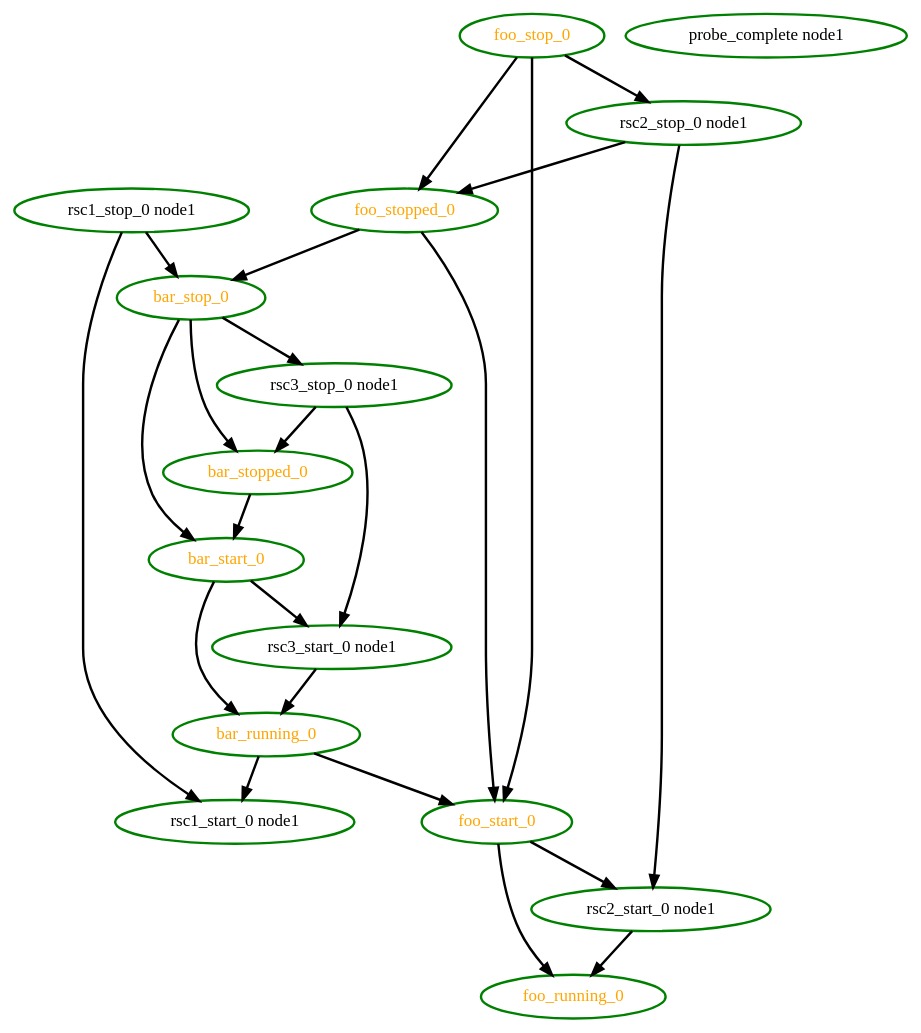
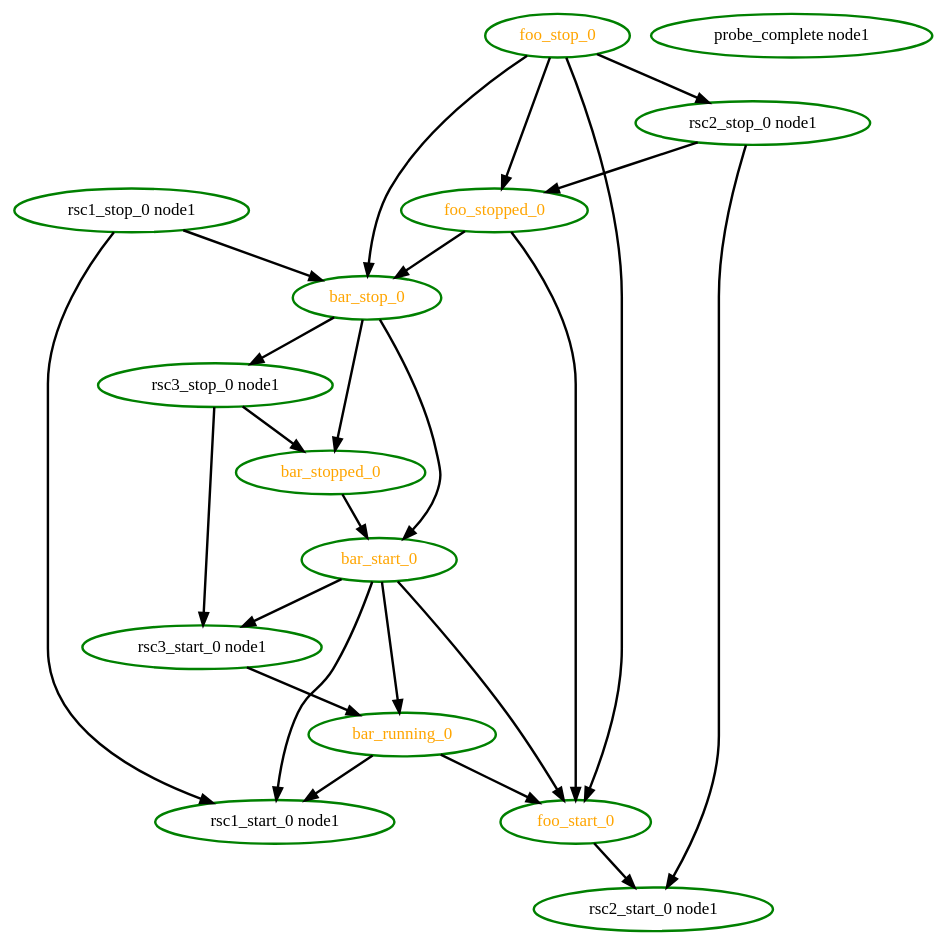
The diagram in crm/pengine/testcases/rec-rsc-9.dot (richiewen8/heartbeat), drawn with Graphviz before and after one commit. The commit also changed 26 other files, not shown here.

```diff
--- a/crm/pengine/testcases/rec-rsc-9.dot
+++ b/crm/pengine/testcases/rec-rsc-9.dot
@@ -1,40 +1,40 @@
  digraph "g" {
 "bar_running_0" -> "foo_start_0" [ style = bold]
 "bar_running_0" -> "rsc1_start_0 node1" [ style = bold]
 "bar_running_0" [ style=bold color="green" fontcolor="orange" ]
 "bar_start_0" -> "bar_running_0" [ style = bold]
+"bar_start_0" -> "foo_start_0" [ style = bold]
+"bar_start_0" -> "rsc1_start_0 node1" [ style = bold]
 "bar_start_0" -> "rsc3_start_0 node1" [ style = bold]
 "bar_start_0" [ style=bold color="green" fontcolor="orange" ]
 "bar_stop_0" -> "bar_start_0" [ style = bold]
 "bar_stop_0" -> "bar_stopped_0" [ style = bold]
 "bar_stop_0" -> "rsc3_stop_0 node1" [ style = bold]
 "bar_stop_0" [ style=bold color="green" fontcolor="orange" ]
 "bar_stopped_0" -> "bar_start_0" [ style = bold]
 "bar_stopped_0" [ style=bold color="green" fontcolor="orange" ]
-"foo_running_0" [ style=bold color="green" fontcolor="orange" ]
-"foo_start_0" -> "foo_running_0" [ style = bold]
 "foo_start_0" -> "rsc2_start_0 node1" [ style = bold]
 "foo_start_0" [ style=bold color="green" fontcolor="orange" ]
+"foo_stop_0" -> "bar_stop_0" [ style = bold]
 "foo_stop_0" -> "foo_start_0" [ style = bold]
 "foo_stop_0" -> "foo_stopped_0" [ style = bold]
 "foo_stop_0" -> "rsc2_stop_0 node1" [ style = bold]
 "foo_stop_0" [ style=bold color="green" fontcolor="orange" ]
 "foo_stopped_0" -> "bar_stop_0" [ style = bold]
 "foo_stopped_0" -> "foo_start_0" [ style = bold]
 "foo_stopped_0" [ style=bold color="green" fontcolor="orange" ]
 "probe_complete node1" [ style=bold color="green" fontcolor="black" ]
 "rsc1_start_0 node1" [ style=bold color="green" fontcolor="black" ]
 "rsc1_stop_0 node1" -> "bar_stop_0" [ style = bold]
 "rsc1_stop_0 node1" -> "rsc1_start_0 node1" [ style = bold]
 "rsc1_stop_0 node1" [ style=bold color="green" fontcolor="black" ]
-"rsc2_start_0 node1" -> "foo_running_0" [ style = bold]
 "rsc2_start_0 node1" [ style=bold color="green" fontcolor="black" ]
 "rsc2_stop_0 node1" -> "foo_stopped_0" [ style = bold]
 "rsc2_stop_0 node1" -> "rsc2_start_0 node1" [ style = bold]
 "rsc2_stop_0 node1" [ style=bold color="green" fontcolor="black" ]
 "rsc3_start_0 node1" -> "bar_running_0" [ style = bold]
 "rsc3_start_0 node1" [ style=bold color="green" fontcolor="black" ]
 "rsc3_stop_0 node1" -> "bar_stopped_0" [ style = bold]
 "rsc3_stop_0 node1" -> "rsc3_start_0 node1" [ style = bold]
 "rsc3_stop_0 node1" [ style=bold color="green" fontcolor="black" ]
 }
```
